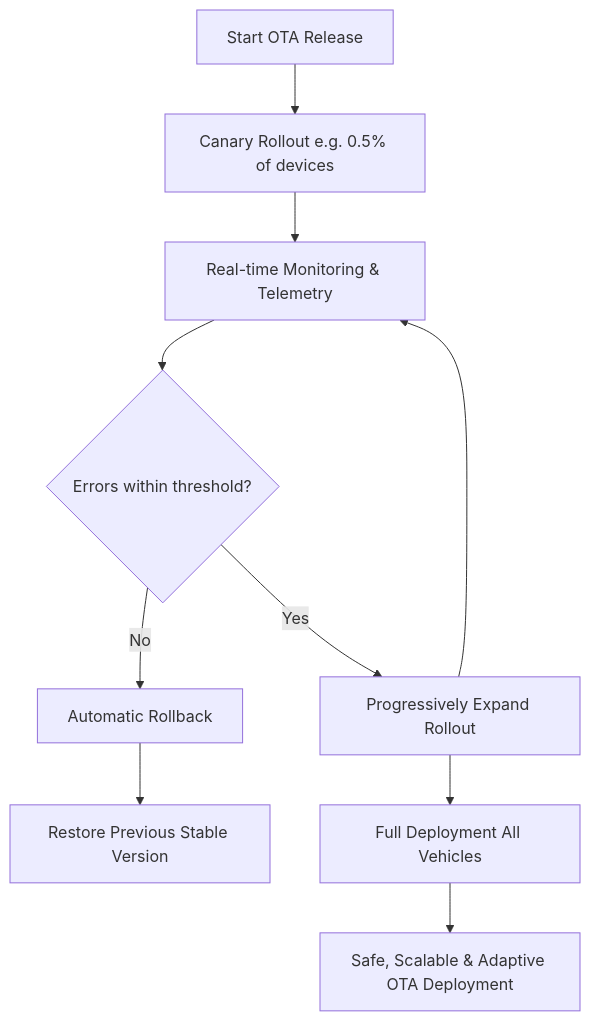
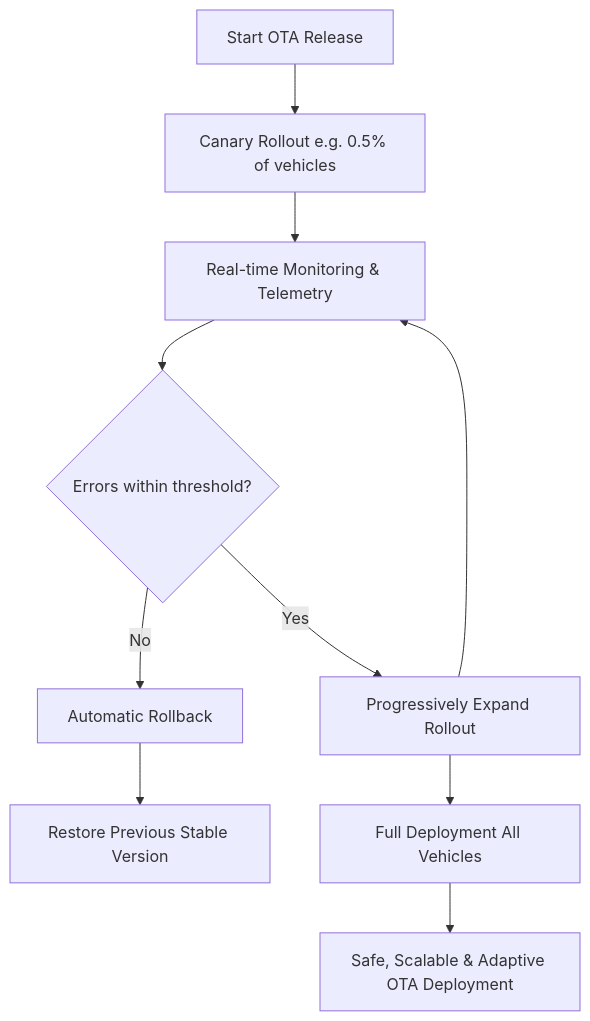
Before and after one commit to Eclipse-SDV-Hackathon-Chapter-Three/COOTA: the diagram in README.md, drawn with Mermaid. The commit also changed other lines of this file, not shown here.

````diff
--- a/README.md
+++ b/README.md
@@ -29,15 +29,15 @@
 ```mermaid
 flowchart TD
-    A[Start OTA Release] --> B[Canary Rollout e.g. 0.5% of devices]
+    A[Start OTA Release] --> B[Canary Rollout e.g. 0.5% of vehicles]
     B --> C[Real-time Monitoring & Telemetry]
     C --> D{Errors within threshold?}
     
     D -- Yes --> E[Progressively Expand Rollout]
     E --> C
     
     D -- No --> F[Automatic Rollback]
     F --> G[Restore Previous Stable Version]
     
     E --> H[Full Deployment All Vehicles]
     H --> I[Safe, Scalable & Adaptive OTA Deployment]
 ```
````
